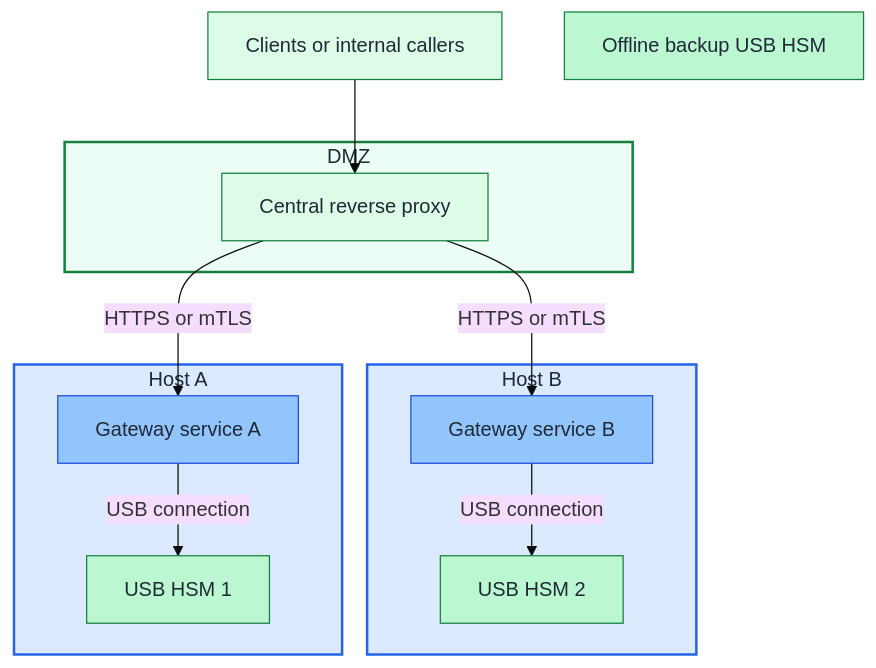
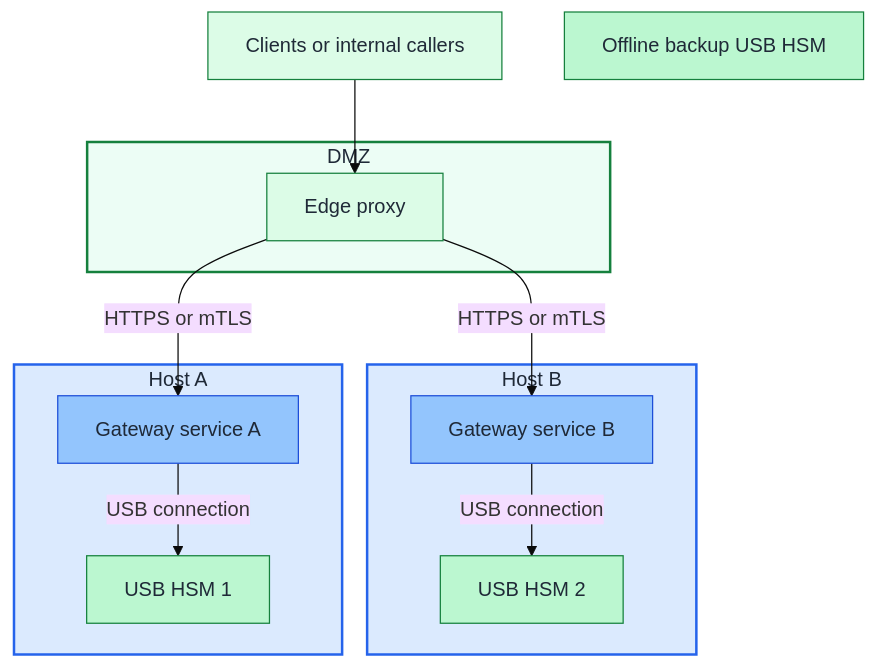
One commit to Rexus/homelab changed the diagram in docs/security/usb-hsm-active-active-blueprint.md. Above: the diagram before and after it, drawn with Mermaid (base theme). The commit also changed other lines of this file and 35 other files, not shown here.

````diff
--- a/docs/security/usb-hsm-active-active-blueprint.md
+++ b/docs/security/usb-hsm-active-active-blueprint.md
@@ -51,38 +52,38 @@
 ```mermaid
 flowchart TD
   Client[Clients or internal callers]
 
   subgraph DMZ["DMZ"]
-    LB[Central reverse proxy]
+    LB[Edge proxy]
   end
 
   subgraph HostA["Host B"]
     GW1[Gateway service B]
     H1[USB HSM 2]
     GW1 -->|USB connection| H1
   end
 
   subgraph HostB["Host A"]
     GW2[Gateway service A]
     H2[USB HSM 1]
     GW2 -->|USB connection| H2
   end
 
   Backup[Offline backup USB HSM]
 
   Client --> LB
   LB -->|HTTPS or mTLS| GW1
   LB -->|HTTPS or mTLS| GW2
 
   style DMZ fill:#ecfdf5,stroke:#15803d,stroke-width:2px,color:#1f2937
   style HostA fill:#dbeafe,stroke:#2563eb,stroke-width:2px,color:#1f2937
   style HostB fill:#dbeafe,stroke:#2563eb,stroke-width:2px,color:#1f2937
 
   classDef edgeNode fill:#dcfce7,stroke:#15803d,color:#1f2937
   classDef gatewayNode fill:#93c5fd,stroke:#1d4ed8,color:#1f2937
   classDef hsmNode fill:#bbf7d0,stroke:#15803d,color:#1f2937
 
   class Client,LB edgeNode
   class GW1,GW2 gatewayNode
   class H1,H2,Backup hsmNode
 ```
````
